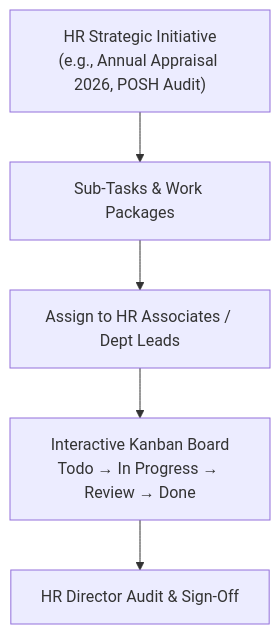
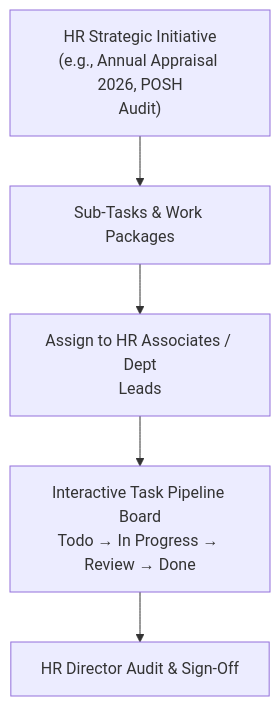
One commit to SRJ-GROUP/hubnest_user_guide changed the diagram in docs/hrms-hr/tasks.md. Above: the diagram before and after it, drawn with Mermaid. The commit also changed other lines of this file and 161 other files, not shown here.

Commit message:
feat: complete HubMeet suite, supervisor portal docs, diagram fixes, and interactive eye-button zoom modal

````diff
--- a/docs/hrms-hr/tasks.md
+++ b/docs/hrms-hr/tasks.md
@@ -21,7 +21,7 @@
 ```mermaid
 graph TD
-    Initiative["HR Strategic Initiative<br/>(e.g., Annual Appraisal 2026, POSH Audit)"] --> Tasks["Sub-Tasks & Work Packages"]
-    Tasks --> Assignee["Assign to HR Associates / Dept Leads"]
-    Assignee --> Board["Interactive Kanban Board<br/>Todo → In Progress → Review → Done"]
+    Initiative["HR Strategic Initiative<br/>(e.g., Annual Appraisal 2026, POSH<br/>Audit)"] --> Tasks["Sub-Tasks & Work Packages"]
+    Tasks --> Assignee["Assign to HR Associates / Dept<br/>Leads"]
+    Assignee --> Board["Interactive Task Pipeline Board<br/>Todo → In Progress → Review → Done"]
     Board --> Review["HR Director Audit & Sign-Off"]
 ```
````
